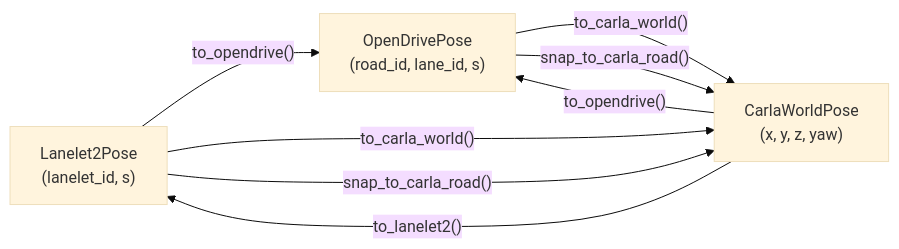
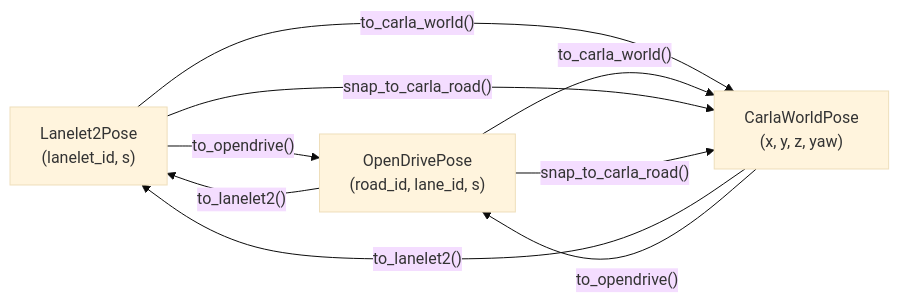
The tenth of 13 diagrams in autoware_carla_scenario/docs/architecture.md (autowarefoundation/autoware_carla_scenario), drawn with Mermaid (base theme) before and after one commit. The commit also changed other lines of this file and 8 other files, not shown here.

````diff
--- a/autoware_carla_scenario/docs/architecture.md
+++ b/autoware_carla_scenario/docs/architecture.md
@@ -1276,14 +1276,15 @@
 ```mermaid
 graph LR
     L2["Lanelet2Pose<br/>(lanelet_id, s)"]
     OD["OpenDrivePose<br/>(road_id, lane_id, s)"]
     CW["CarlaWorldPose<br/>(x, y, z, yaw)"]
 
     L2 -->|"to_opendrive()"| OD
     L2 -->|"to_carla_world()"| CW
     OD -->|"to_carla_world()"| CW
     CW -->|"to_lanelet2()"| L2
+    OD -->|"to_lanelet2()"| L2
     L2 -->|"snap_to_carla_road()"| CW
     OD -->|"snap_to_carla_road()"| CW
     CW -->|"to_opendrive()"| OD
 ```
````
